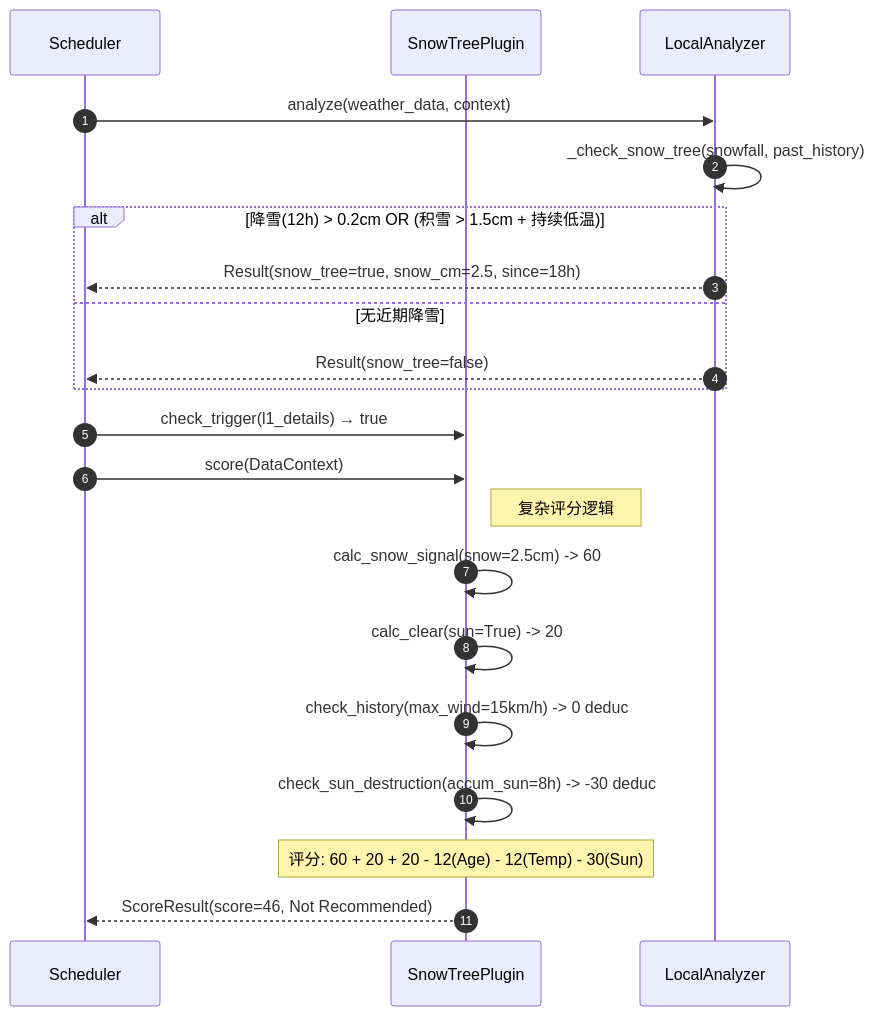
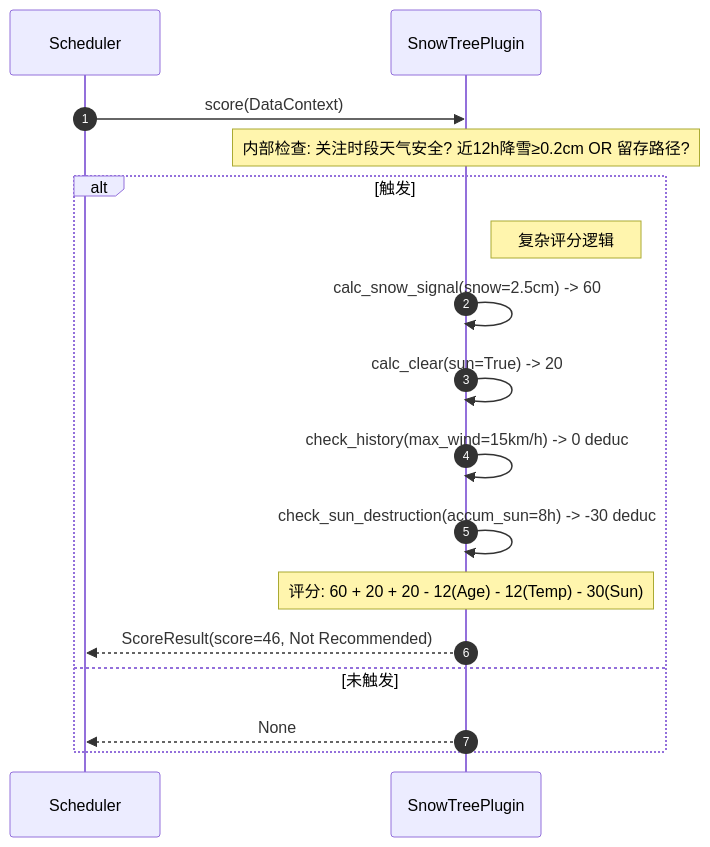
The ninth of 12 diagrams in design/06-class-sequence.md (mpb159753/golden-moment-predictor), drawn with Mermaid before and after one commit. The commit also changed other lines of this file and 123 other files, not shown here.

````diff
--- a/design/06-class-sequence.md
+++ b/design/06-class-sequence.md
@@ -520,27 +456,20 @@
 ```mermaid
 sequenceDiagram
     autonumber
     participant S as Scheduler
     participant P as SnowTreePlugin
-    participant LA as LocalAnalyzer
 
-    S->>LA: analyze(weather_data, context)
-    LA->>LA: _check_snow_tree(snowfall, past_history)
-    alt 降雪(12h) > 0.2cm OR (积雪 > 1.5cm + 持续低温)
-        LA-->>S: Result(snow_tree=true, snow_cm=2.5, since=18h)
-    else 无近期降雪
-        LA-->>S: Result(snow_tree=false)
+    S->>P: score(DataContext)
+    Note over P: 内部检查: 关注时段天气安全? 近12h降雪≥0.2cm OR 留存路径?
+    alt 触发
+        Note right of P: 复杂评分逻辑
+        P->>P: calc_snow_signal(snow=2.5cm) -> 60
+        P->>P: calc_clear(sun=True) -> 20
+        P->>P: check_history(max_wind=15km/h) -> 0 deduc
+        P->>P: check_sun_destruction(accum_sun=8h) -> -30 deduc
+        Note over P: 评分: 60 + 20 + 20 - 12(Age) - 12(Temp) - 30(Sun)
+        P-->>S: ScoreResult(score=46, Not Recommended)
+    else 未触发
+        P-->>S: None
     end
-
-    S->>P: check_trigger(l1_details) → true
-    S->>P: score(DataContext)
-    
-    Note right of P: 复杂评分逻辑
-    P->>P: calc_snow_signal(snow=2.5cm) -> 60
-    P->>P: calc_clear(sun=True) -> 20
-    P->>P: check_history(max_wind=15km/h) -> 0 deduc
-    P->>P: check_sun_destruction(accum_sun=8h) -> -30 deduc
-    
-    Note over P: 评分: 60 + 20 + 20 - 12(Age) - 12(Temp) - 30(Sun)
-    P-->>S: ScoreResult(score=46, Not Recommended)
 ```
````
